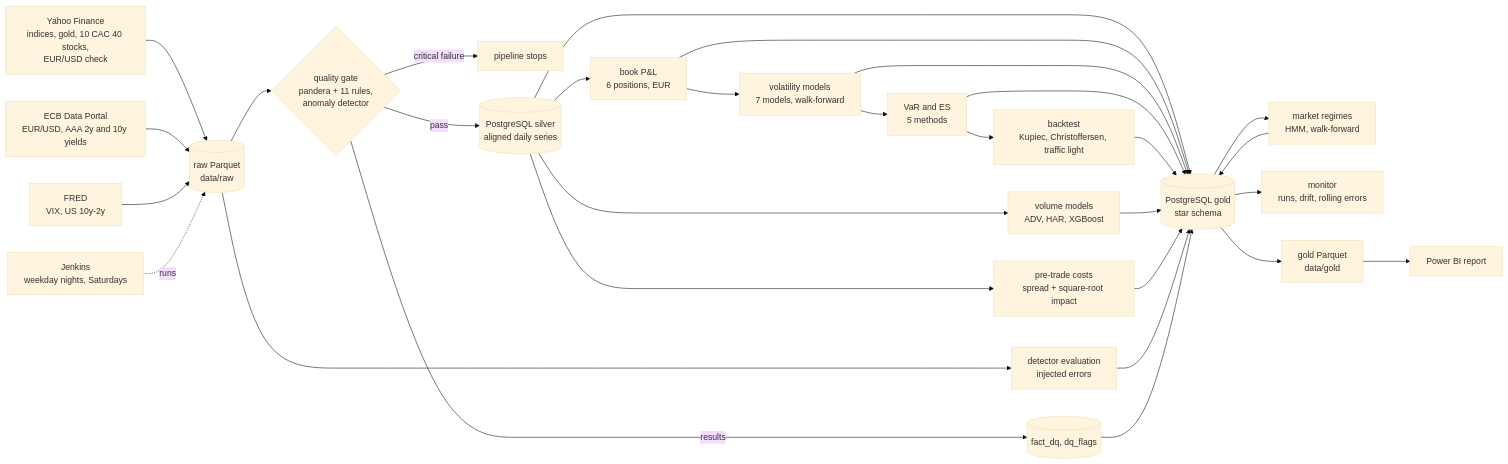
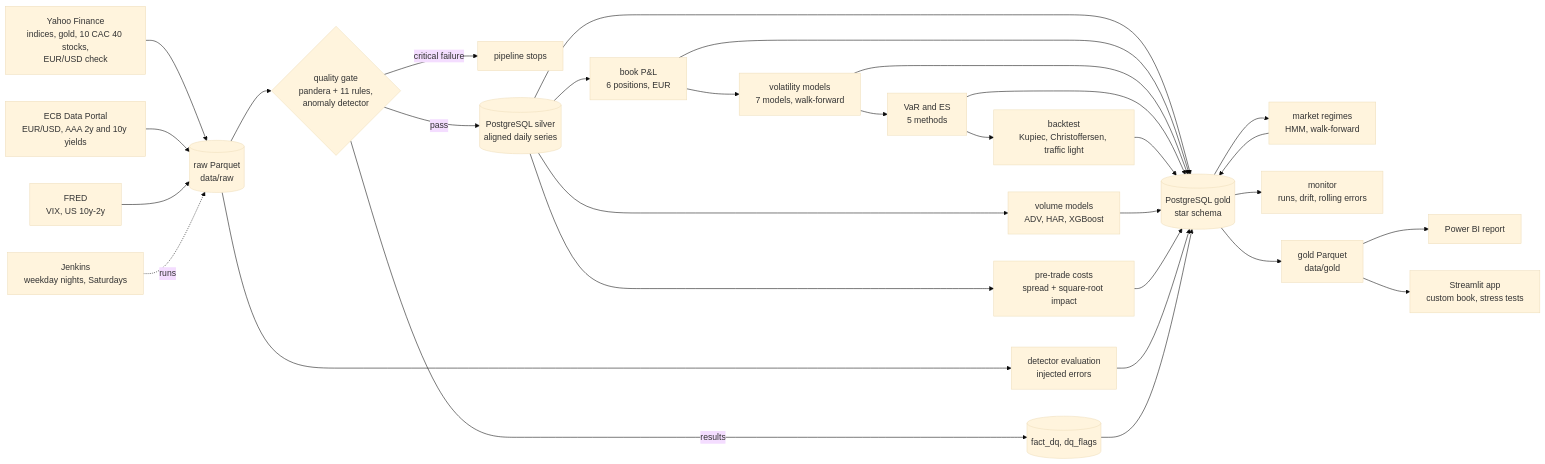
The diagram in README.md (MedChahb/market_risk_monitor), drawn with Mermaid (base theme) before and after one commit. The commit also changed other lines of this file, not shown here.

Commit message:
Link the public app from the README and describe how it computes

````diff
--- a/README.md
+++ b/README.md
@@ -24,32 +26,33 @@
 ```mermaid
 flowchart LR
     Y[Yahoo Finance<br/>indices, gold, 10 CAC 40 stocks,<br/>EUR/USD check] --> R[(raw Parquet<br/>data/raw)]
     E[ECB Data Portal<br/>EUR/USD, AAA 2y and 10y yields] --> R
     F[FRED<br/>VIX, US 10y-2y] --> R
     R --> Q{quality gate<br/>pandera + 11 rules,<br/>anomaly detector}
     Q -->|critical failure| X[pipeline stops]
     Q -->|results| DQ[(fact_dq, dq_flags)]
     Q -->|pass| S[(PostgreSQL silver<br/>aligned daily series)]
     S --> G[(PostgreSQL gold<br/>star schema)]
     S --> B[book P&L<br/>6 positions, EUR]
     B --> G
     B --> V[volatility models<br/>7 models, walk-forward]
     V --> G
     V --> VR[VaR and ES<br/>5 methods]
     VR --> G
     VR --> BT[backtest<br/>Kupiec, Christoffersen, traffic light]
     BT --> G
     S --> VM[volume models<br/>ADV, HAR, XGBoost]
     VM --> G
     S --> C[pre-trade costs<br/>spread + square-root impact]
     C --> G
     G --> MR[market regimes<br/>HMM, walk-forward]
     MR --> G
     R --> AE[detector evaluation<br/>injected errors]
     AE --> G
     J[Jenkins<br/>weekday nights, Saturdays] -.runs.-> R
     G --> M[monitor<br/>runs, drift, rolling errors]
     DQ --> G
     G --> P[gold Parquet<br/>data/gold]
     P --> BI[Power BI report]
+    P --> APP[Streamlit app<br/>custom book, stress tests]
 ```
````
